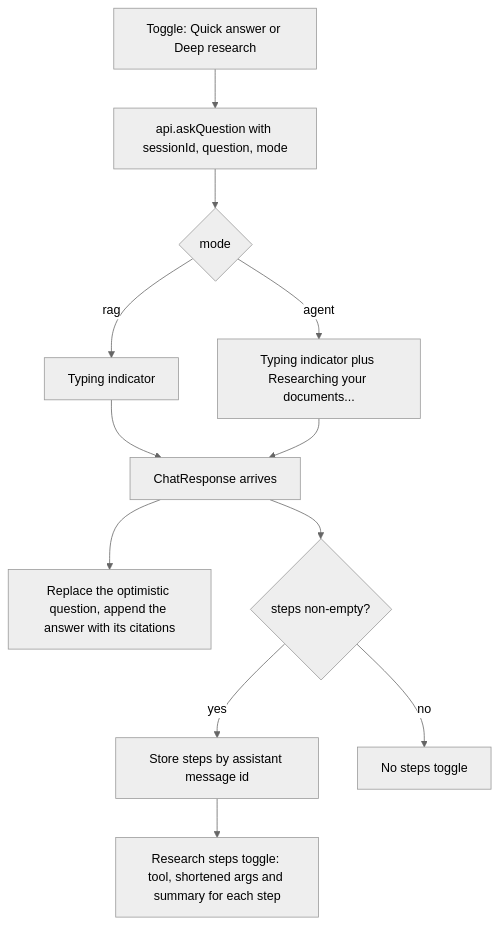
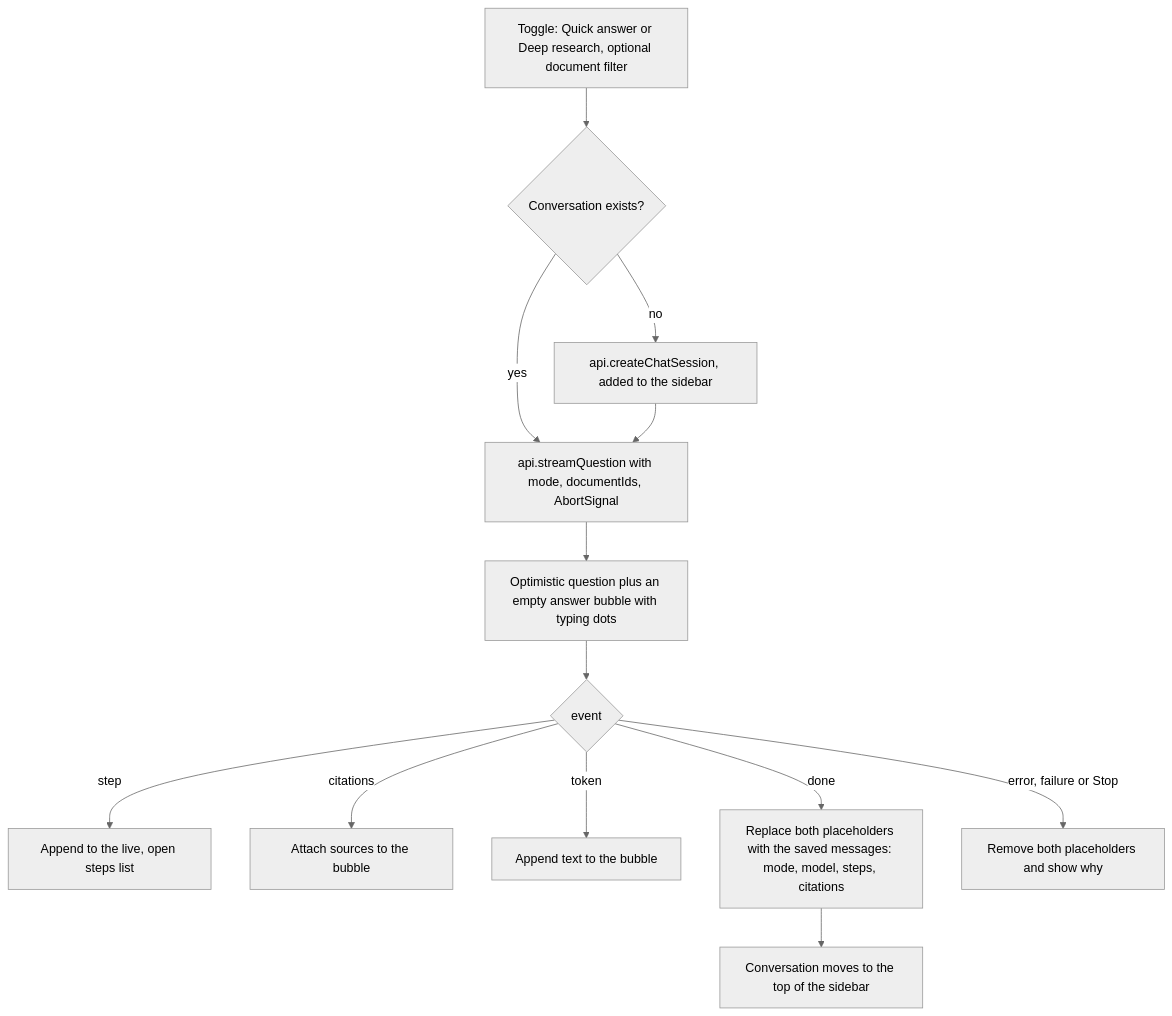
Diagram 14 of 16 in docs/ARCHITECTURE.md (dhanoliya-ji/DOCMINDS), drawn with Mermaid (neutral theme) before and after one commit. The commit also changed other lines of this file and 52 other files, not shown here.

````diff
--- a/docs/ARCHITECTURE.md
+++ b/docs/ARCHITECTURE.md
@@ -920,14 +1011,15 @@
 ```mermaid
 flowchart TD
-    PICK["Toggle: Quick answer or Deep research"] --> SEND["api.askQuestion with sessionId, question, mode"]
-    SEND --> WAIT{"mode"}
-    WAIT -->|"rag"| W1["Typing indicator"]
-    WAIT -->|"agent"| W2["Typing indicator plus Researching your documents..."]
-    W1 --> RESP["ChatResponse arrives"]
-    W2 --> RESP
-    RESP --> MSG["Replace the optimistic question, append the answer with its citations"]
-    RESP --> HAS{"steps non-empty?"}
-    HAS -->|"yes"| KEEP["Store steps by assistant message id"]
-    KEEP --> SHOW["Research steps toggle: tool, shortened args and summary for each step"]
-    HAS -->|"no"| NONE["No steps toggle"]
+    PICK["Toggle: Quick answer or Deep research, optional document filter"] --> NEW{"Conversation exists?"}
+    NEW -->|"no"| CREATE["api.createChatSession, added to the sidebar"]
+    NEW -->|"yes"| SEND
+    CREATE --> SEND["api.streamQuestion with mode, documentIds, AbortSignal"]
+    SEND --> WAIT["Optimistic question plus an empty answer bubble with typing dots"]
+    WAIT --> EV{"event"}
+    EV -->|"step"| STEP["Append to the live, open steps list"]
+    EV -->|"citations"| CIT["Attach sources to the bubble"]
+    EV -->|"token"| TOK["Append text to the bubble"]
+    EV -->|"done"| DONE["Replace both placeholders with the saved messages: mode, model, steps, citations"]
+    EV -->|"error, failure or Stop"| ROLL["Remove both placeholders and show why"]
+    DONE --> SIDE["Conversation moves to the top of the sidebar"]
 ```
````
